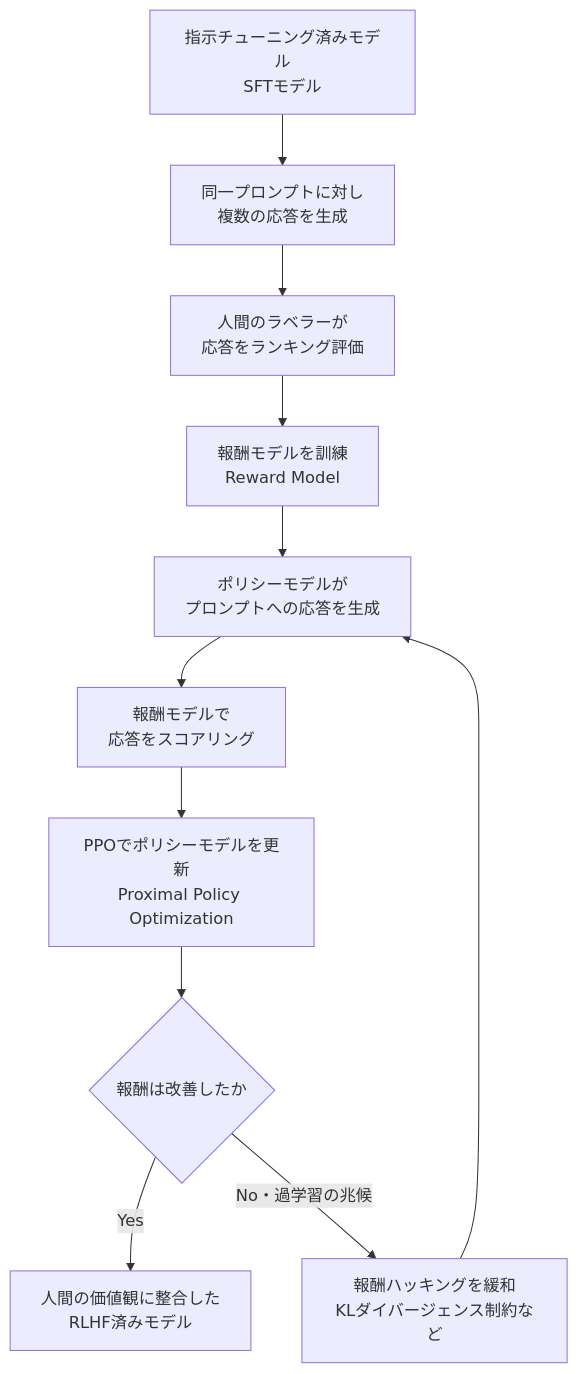
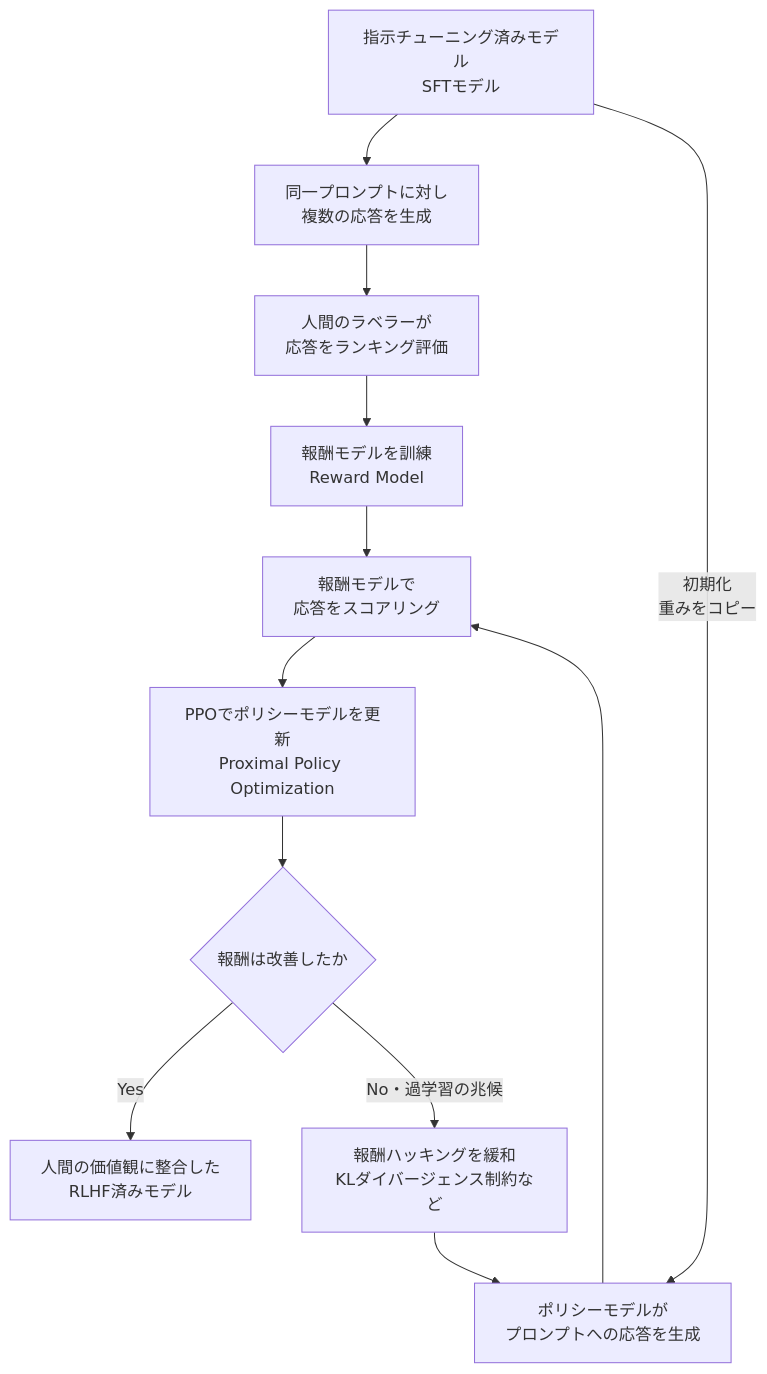
One commit to myoshi2891/Comparison-of-LLMs changed the fifth of 9 diagrams in Generative-ai-on-aws-guide.md. Above: the diagram before and after it, drawn with Mermaid. The commit also changed other lines of this file and 2 other files, not shown here.

Commit message:
docs(guides): refine AI engineering comparison, diffusion architecture, and embeddings/GRPO definitions

````diff
--- a/Generative-ai-on-aws-guide.md
+++ b/Generative-ai-on-aws-guide.md
@@ -280,13 +280,14 @@
 ```mermaid
 flowchart TB
     A["指示チューニング済みモデル<br/>SFTモデル"] --> B["同一プロンプトに対し<br/>複数の応答を生成"]
     B --> C["人間のラベラーが<br/>応答をランキング評価"]
     C --> D["報酬モデルを訓練<br/>Reward Model"]
-    D --> E["ポリシーモデルが<br/>プロンプトへの応答を生成"]
+    A -->|"初期化<br/>重みをコピー"| E["ポリシーモデルが<br/>プロンプトへの応答を生成"]
     E --> F["報酬モデルで<br/>応答をスコアリング"]
+    D --> F
     F --> G["PPOでポリシーモデルを更新<br/>Proximal Policy Optimization"]
     G --> H{"報酬は改善したか"}
     H -->|"Yes"| I["人間の価値観に整合した<br/>RLHF済みモデル"]
     H -->|"No・過学習の兆候"| J["報酬ハッキングを緩和<br/>KLダイバージェンス制約など"]
     J --> E
 ```
````
